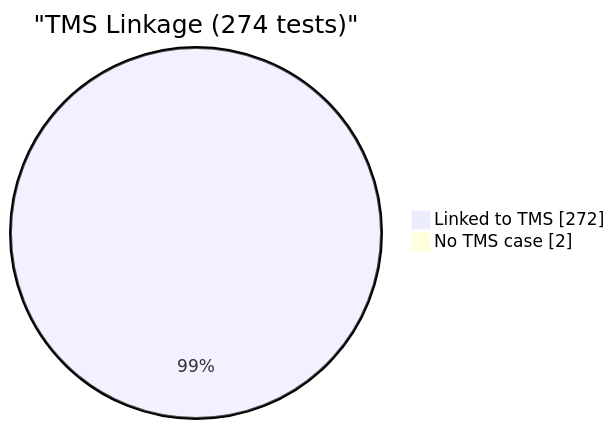
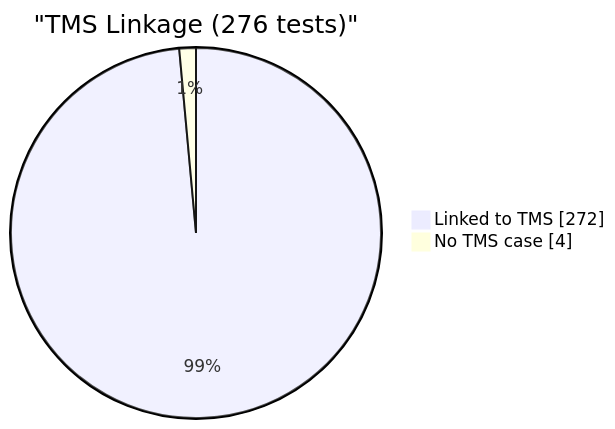
One commit to EliteaAI/onetest-ai-tm-Elitea changed the fourth of 6 diagrams in reports/dashboard.md. Above: the diagram before and after it, drawn with Mermaid. The commit also changed other lines of this file and 1 other file, not shown here.

````diff
--- a/reports/dashboard.md
+++ b/reports/dashboard.md
@@ -76,6 +77,6 @@
 ```mermaid
 pie showData
-    title "TMS Linkage (274 tests)"
+    title "TMS Linkage (276 tests)"
     "Linked to TMS" : 272
-    "No TMS case" : 2
+    "No TMS case" : 4
 ```
````
